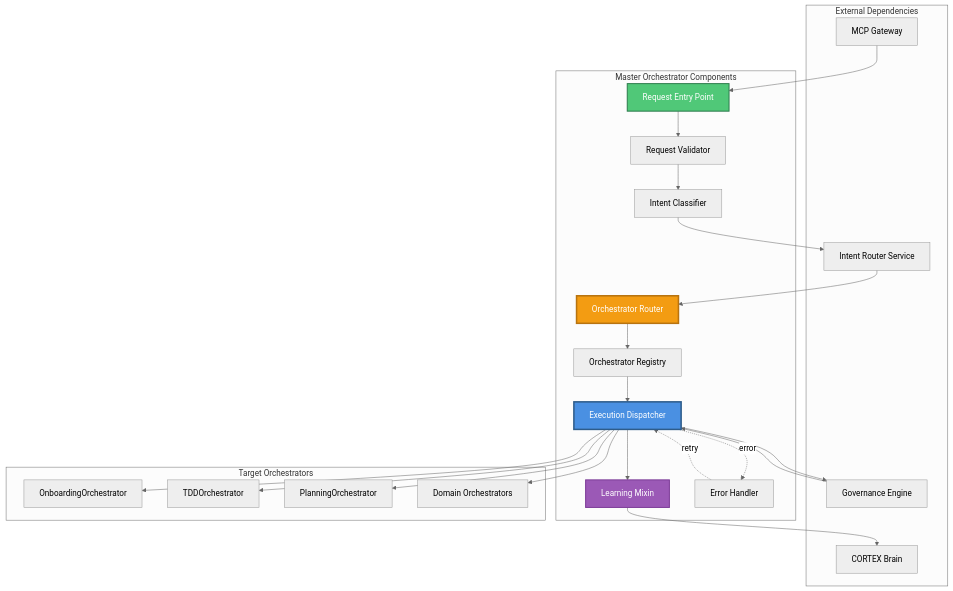
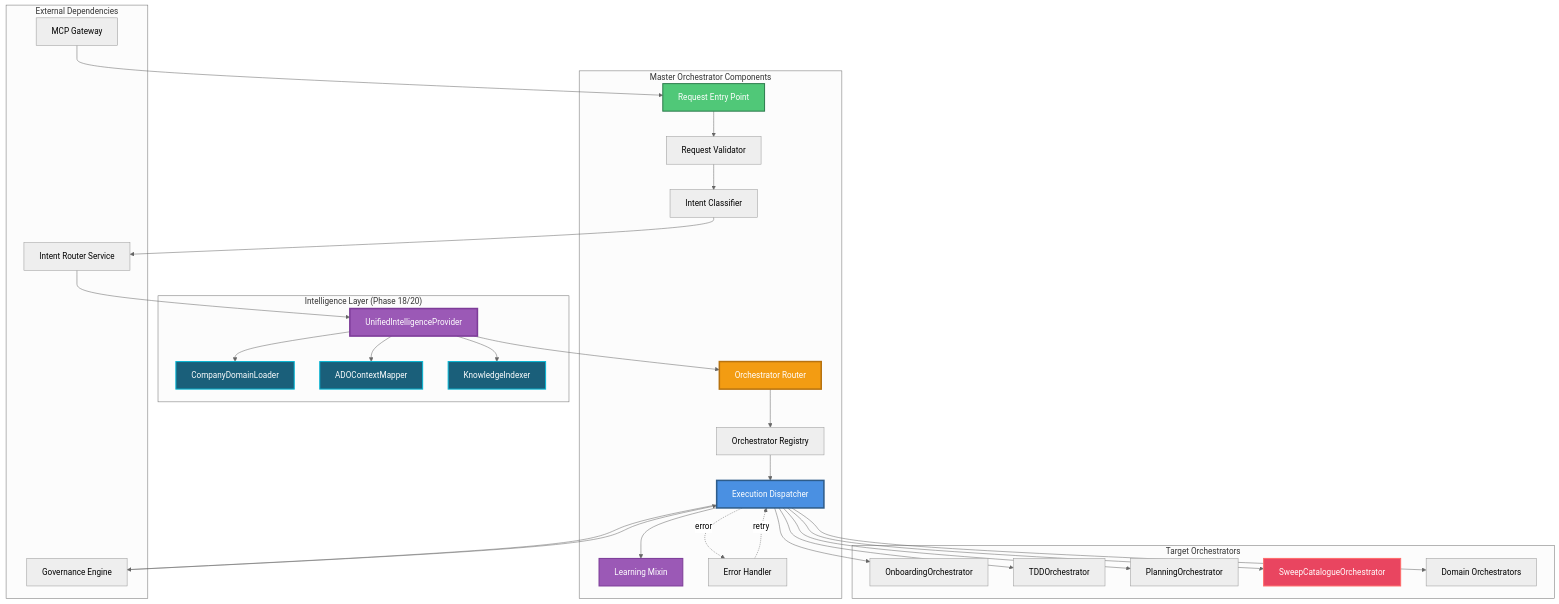
Before and after one commit to asifhussain60/CORTEX: the diagram in cortex-docs/assets/diagrams/c4-component/c4-component-master-orchestrator.mmd, drawn with Mermaid (neutral theme). The commit also changed other lines of this file and 31 other files, not shown here.

````diff
--- a/cortex-docs/assets/diagrams/c4-component/c4-component-master-orchestrator.mmd
+++ b/cortex-docs/assets/diagrams/c4-component/c4-component-master-orchestrator.mmd
@@ -17,50 +17,66 @@
 ```mermaid
 graph TB
     subgraph "Master Orchestrator Components"
         Entry[Request Entry Point]
         Validator[Request Validator]
         IntentClass[Intent Classifier]
         Router[Orchestrator Router]
         Registry[Orchestrator Registry]
         Dispatcher[Execution Dispatcher]
         LearningMixin[Learning Mixin]
         ErrorHandler[Error Handler]
     end
-    
+
+    subgraph "Intelligence Layer (Phase 18/20)"
+        UIP[UnifiedIntelligenceProvider]
+        CDL[CompanyDomainLoader]
+        ADOCtx[ADOContextMapper]
+        KGIdx[KnowledgeIndexer]
+    end
+
     subgraph "External Dependencies"
         IntentRouter[Intent Router Service]
         GovEngine[Governance Engine]
-        BrainService[CORTEX Brain]
         MCPGateway[MCP Gateway]
     end
-    
+
     subgraph "Target Orchestrators"
         Onboard[OnboardingOrchestrator]
         TDD[TDDOrchestrator]
         Plan[PlanningOrchestrator]
+        Sweep[SweepCatalogueOrchestrator]
         Domain[Domain Orchestrators]
     end
-    
+
     Entry --> Validator
     Validator --> IntentClass
     IntentClass --> IntentRouter
-    IntentRouter --> Router
+    IntentRouter --> UIP
+    UIP --> CDL
+    UIP --> ADOCtx
+    UIP --> KGIdx
+    UIP --> Router
     Router --> Registry
     Registry --> Dispatcher
     Dispatcher --> GovEngine
     GovEngine --> Dispatcher
     Dispatcher --> Onboard
     Dispatcher --> TDD
     Dispatcher --> Plan
+    Dispatcher --> Sweep
     Dispatcher --> Domain
     Dispatcher --> LearningMixin
-    LearningMixin --> BrainService
     Dispatcher -.error.-> ErrorHandler
     ErrorHandler -.retry.-> Dispatcher
     MCPGateway --> Entry
-    
+
     style Entry fill:#50C878,stroke:#2E7D4E,stroke-width:2px,color:#fff
     style Router fill:#F39C12,stroke:#B8730F,stroke-width:3px,color:#fff
     style Dispatcher fill:#4A90E2,stroke:#2E5C8A,stroke-width:3px,color:#fff
     style LearningMixin fill:#9B59B6,stroke:#7D3C98,stroke-width:2px,color:#fff
+    style UIP fill:#9B59B6,stroke:#7D3C98,stroke-width:3px,color:#fff
+    style CDL fill:#1a5f7a,stroke:#06b6d4,stroke-width:2px,color:#fff
+    style ADOCtx fill:#1a5f7a,stroke:#06b6d4,stroke-width:2px,color:#fff
+    style KGIdx fill:#1a5f7a,stroke:#06b6d4,stroke-width:2px,color:#fff
+    style Sweep fill:#e94560,stroke:#ff6b6b,stroke-width:2px,color:#fff
 ```
````
